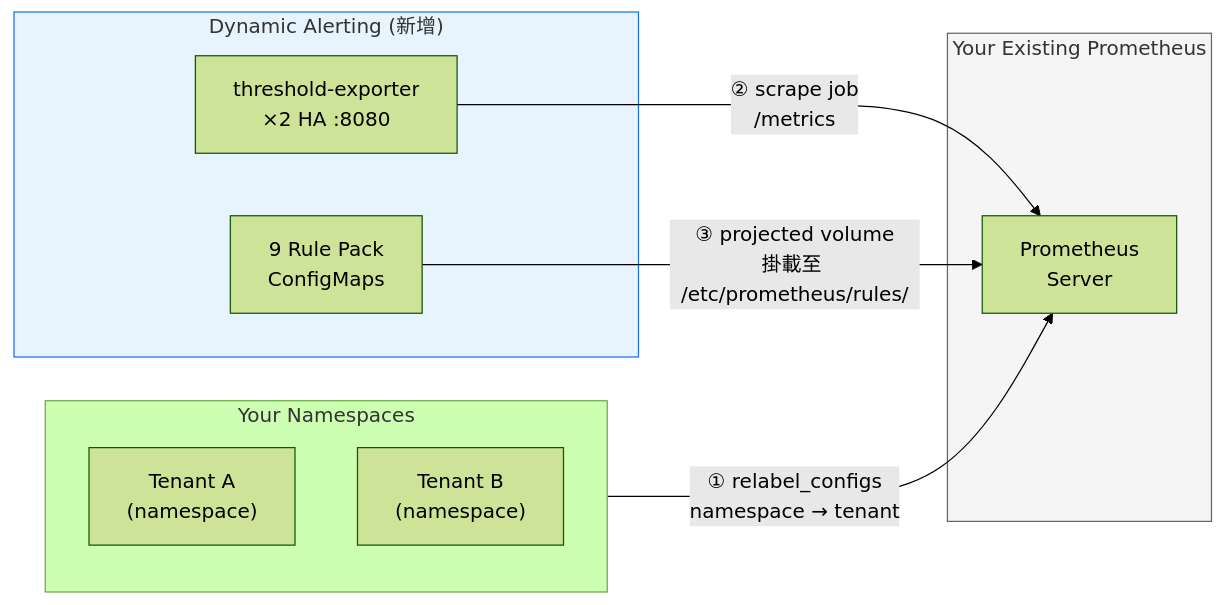
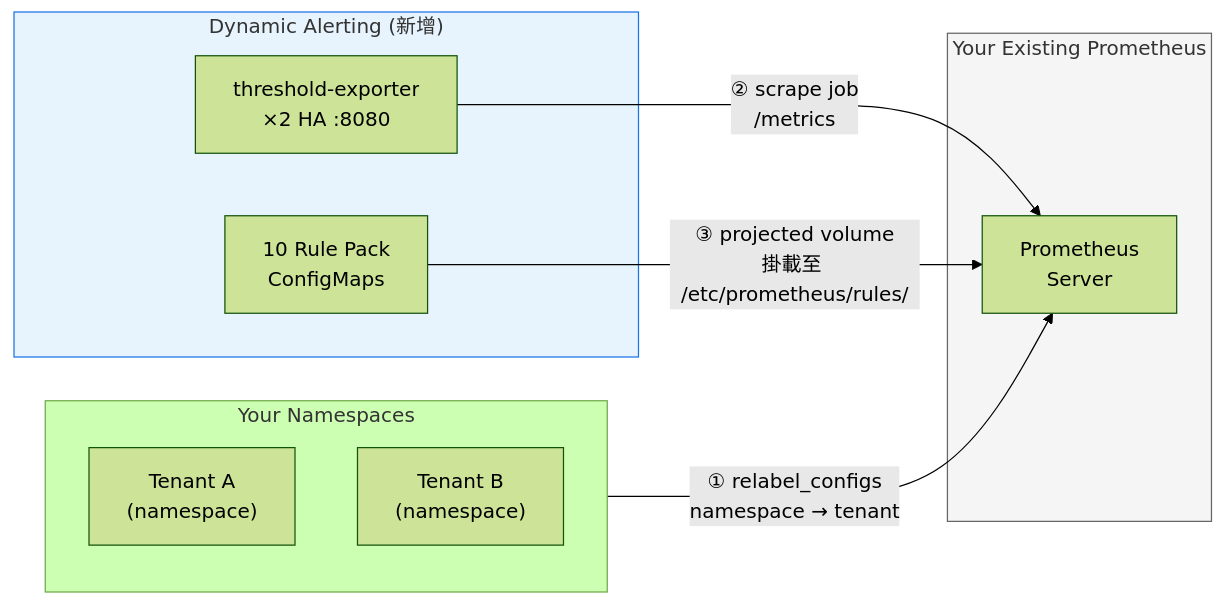
One commit to vencil/Dynamic-Alerting-Integrations changed the diagram in docs/byo-prometheus-integration.md. Above: the diagram before and after it, drawn with Mermaid (forest theme). The commit also changed other lines of this file and 25 other files, not shown here.

````diff
--- a/docs/byo-prometheus-integration.md
+++ b/docs/byo-prometheus-integration.md
@@ -23,23 +23,23 @@
 ```mermaid
 graph LR
     subgraph YP["Your Existing Prometheus"]
         P["Prometheus<br/>Server"]
     end
 
     subgraph NS["Your Namespaces"]
         T1["Tenant A<br/>(namespace)"]
         T2["Tenant B<br/>(namespace)"]
     end
 
     subgraph DA["Dynamic Alerting (新增)"]
         TE["threshold-exporter<br/>×2 HA :8080"]
-        RP["9 Rule Pack<br/>ConfigMaps"]
+        RP["10 Rule Pack<br/>ConfigMaps"]
     end
 
     NS -->|"① relabel_configs<br/>namespace → tenant"| P
     TE -->|"② scrape job<br/>/metrics"| P
     RP -->|"③ projected volume<br/>掛載至 /etc/prometheus/rules/"| P
 
     style DA fill:#e8f4fd,stroke:#1a73e8
     style YP fill:#f5f5f5,stroke:#666
 ```
````
